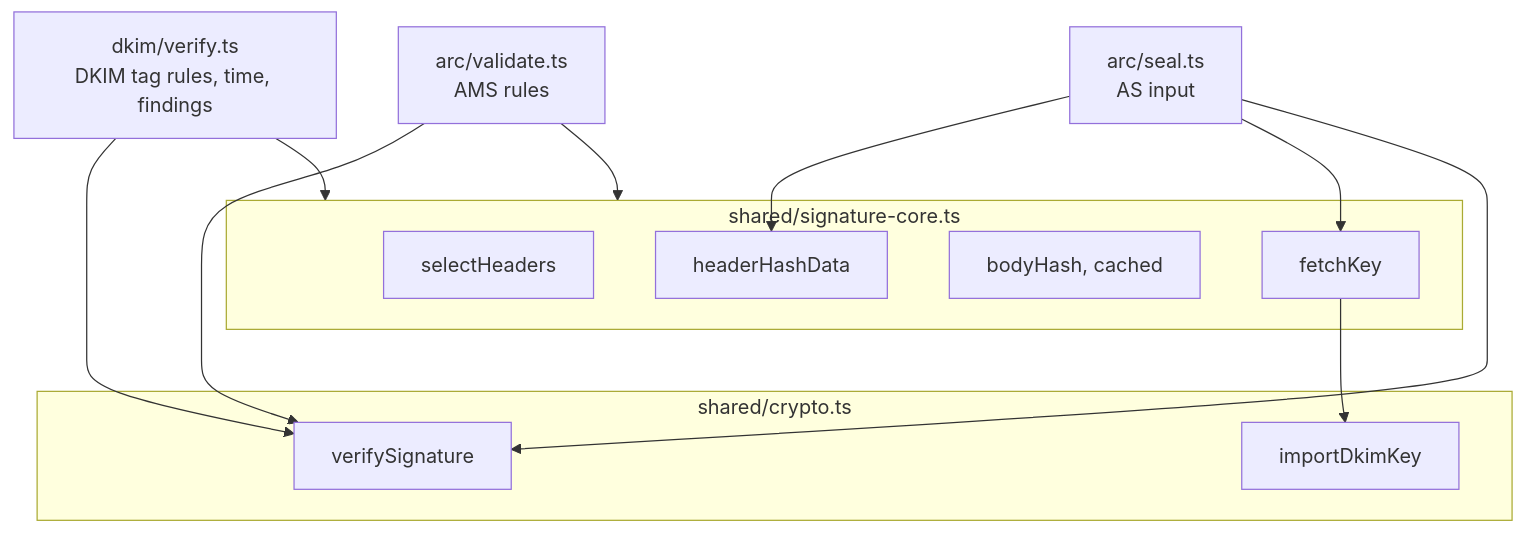
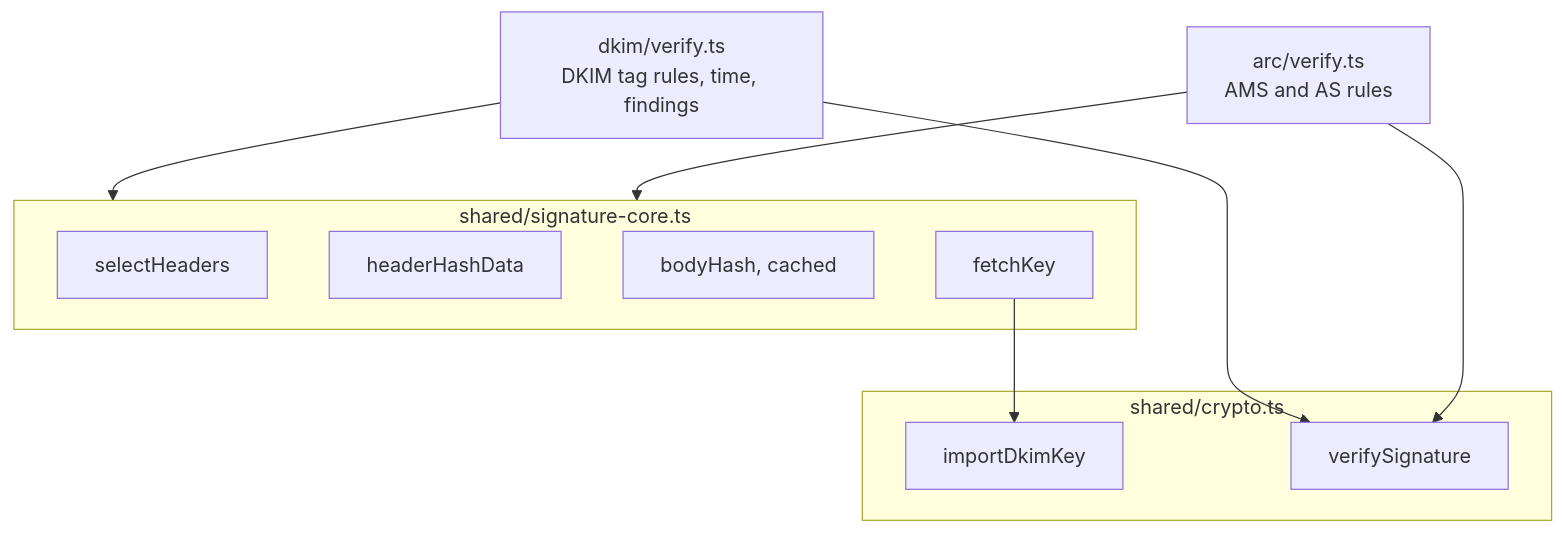
Before and after one commit to photom/benchside: the first of 4 diagrams in docs/explanation/mail-design/dkim.md, drawn with Mermaid. The commit also changed other lines of this file and 6 other files, not shown here.

````diff
--- a/docs/explanation/mail-design/dkim.md
+++ b/docs/explanation/mail-design/dkim.md
@@ -9,17 +9,16 @@
 ```mermaid
 flowchart TD
   subgraph core ["shared/signature-core.ts"]
     sel[selectHeaders]
     canonH[headerHashData]
     bodyH[bodyHash, cached]
     key[fetchKey]
   end
   subgraph cr ["shared/crypto.ts"]
     imp[importDkimKey]
     ver[verifySignature]
   end
   key --> imp
   dkim["dkim/verify.ts<br/>DKIM tag rules, time, findings"] --> core & ver
-  ams["arc/validate.ts<br/>AMS rules"] --> core & ver
-  seal["arc/seal.ts<br/>AS input"] --> canonH & key & ver
+  arc["arc/verify.ts<br/>AMS and AS rules"] --> core & ver
 ```
````
